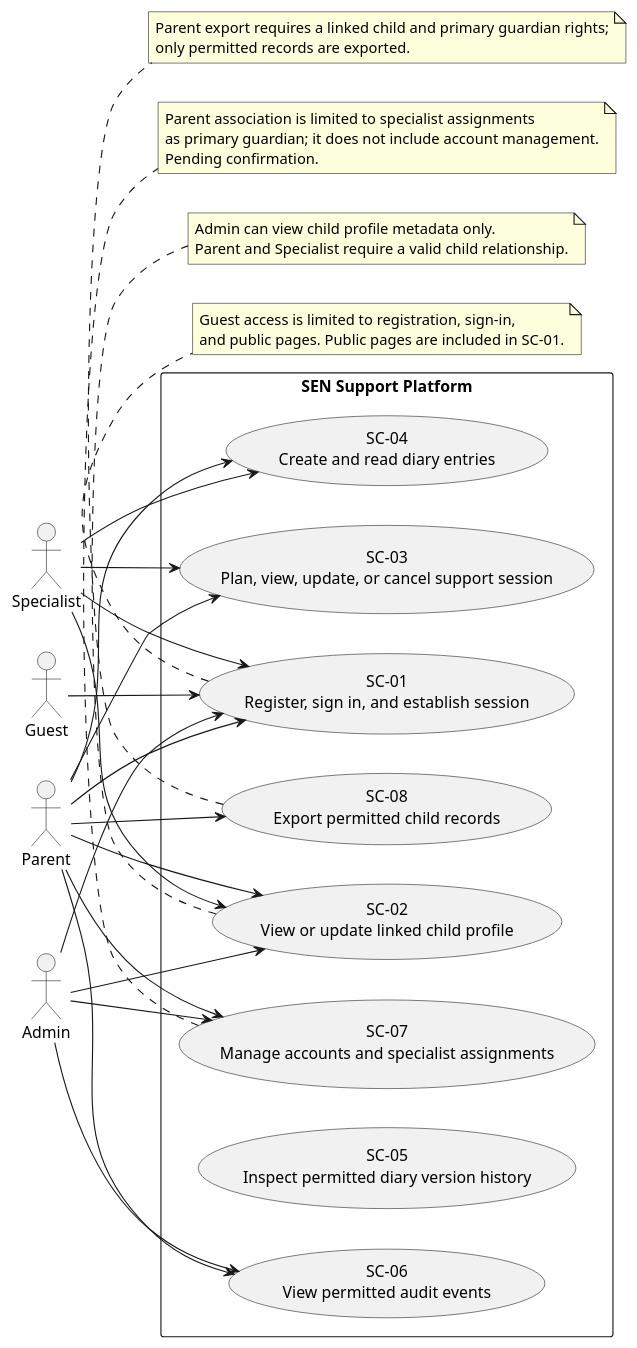
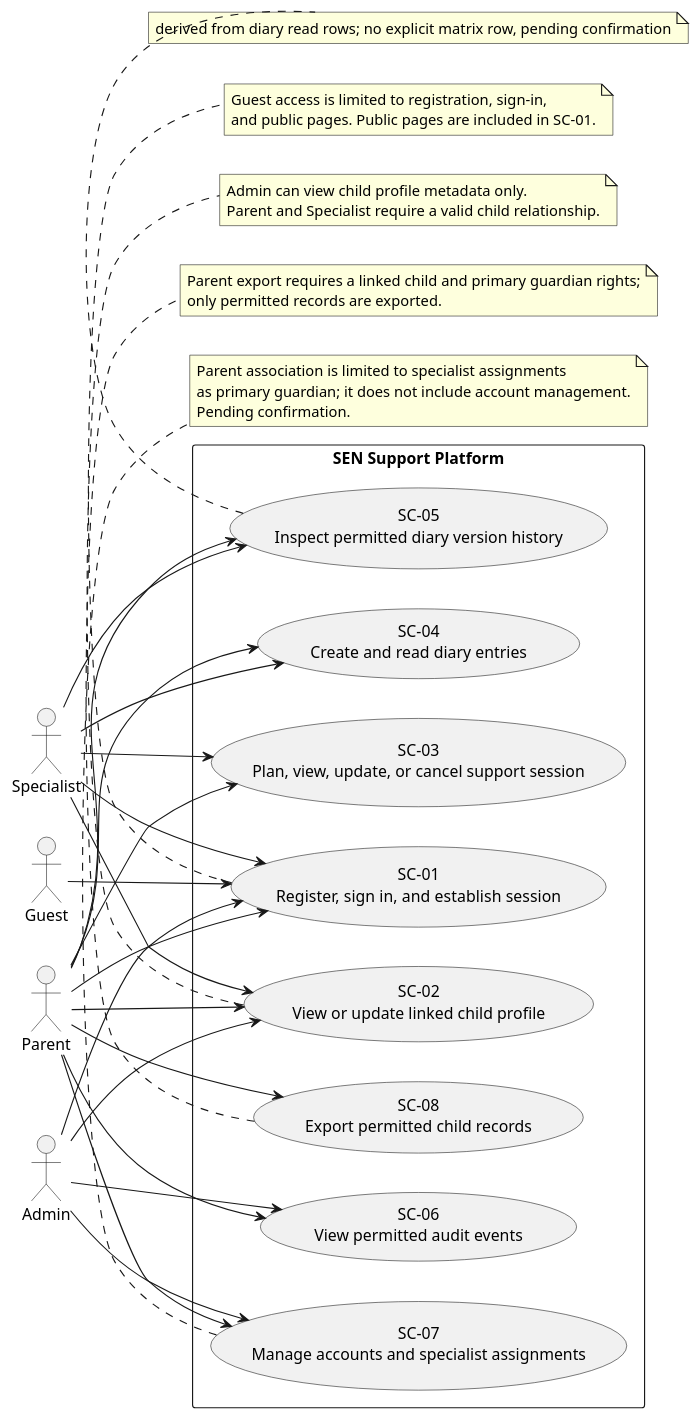
One commit to AknurOE/sen-support-platform changed the diagram in docs/diagrams/usecase.puml. Above: the diagram before and after it, drawn with PlantUML.

Commit message:
SSP-40: link SC-05 actors

```diff
--- a/docs/diagrams/usecase.puml
+++ b/docs/diagrams/usecase.puml
@@ -1,65 +1,70 @@
 @startuml
 left to right direction
 skinparam packageStyle rectangle
 
 actor Guest
 actor Parent
 actor Specialist
 actor Admin
 
 rectangle "SEN Support Platform" {
   usecase "SC-01\nRegister, sign in, and establish session" as SC01
   usecase "SC-02\nView or update linked child profile" as SC02
   usecase "SC-03\nPlan, view, update, or cancel support session" as SC03
   usecase "SC-04\nCreate and read diary entries" as SC04
   usecase "SC-05\nInspect permitted diary version history" as SC05
   usecase "SC-06\nView permitted audit events" as SC06
   usecase "SC-07\nManage accounts and specialist assignments" as SC07
   usecase "SC-08\nExport permitted child records" as SC08
 }
 
 Guest --> SC01
 Parent --> SC01
 Specialist --> SC01
 Admin --> SC01
 
 Parent --> SC02
 Specialist --> SC02
 Admin --> SC02
 
 Parent --> SC03
 Specialist --> SC03
 
 Parent --> SC04
 Specialist --> SC04
 
-' SC-05 has no explicit permission row in the access matrix; no actor association is inferred.
+Parent --> SC05
+Specialist --> SC05
 Parent --> SC06
 Admin --> SC06
 
 Parent --> SC07
 Admin --> SC07
 
 Parent --> SC08
 
 note bottom of SC01
 Guest access is limited to registration, sign-in,
 and public pages. Public pages are included in SC-01.
 end note
 
 note bottom of SC02
 Admin can view child profile metadata only.
 Parent and Specialist require a valid child relationship.
 end note
 
+note bottom of SC05
+derived from diary read rows; no explicit matrix row, pending confirmation
+end note
+
 note bottom of SC07
 Parent association is limited to specialist assignments
 as primary guardian; it does not include account management.
 Pending confirmation.
 end note
 
 note bottom of SC08
 Parent export requires a linked child and primary guardian rights;
 only permitted records are exported.
 end note
 @enduml
```
